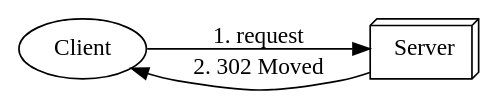
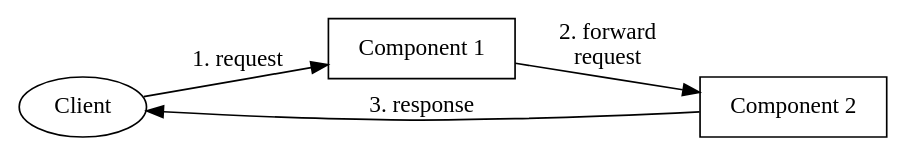
One commit to froland/semisecu changed the diagram in presentation/slides/img/webapp-forward.dot. Above: the diagram before and after it, drawn with Graphviz. The commit also changed 27 other files, not shown here.

```diff
--- a/presentation/slides/img/webapp-forward.dot
+++ b/presentation/slides/img/webapp-forward.dot
@@ -1,10 +1,12 @@
 digraph Forward {
 	rankdir = LR
 	margin = 0
 
 	{ Client; rank = min }
-	Server [ shape = box3d ]
+	Server [ shape = box, label = "Component 1" ]
+	Component [ shape = box, label = "Component 2" ]
 
 	Client -> Server [ label = "1. request" ]
-	Server -> Client [ label = "2. 302 Moved" ]
+	Server -> Component [ label = "2. forward\nrequest" ]
+	Component -> Client [ label = "3. response" ]
 }
```
